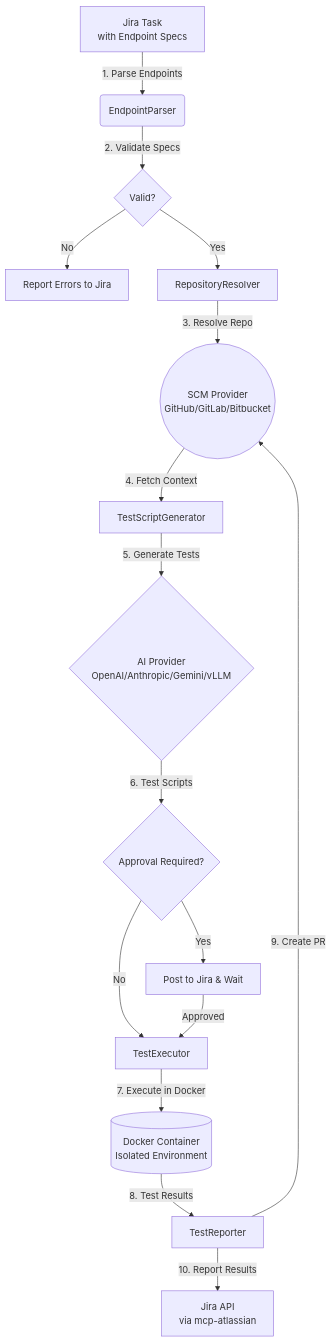
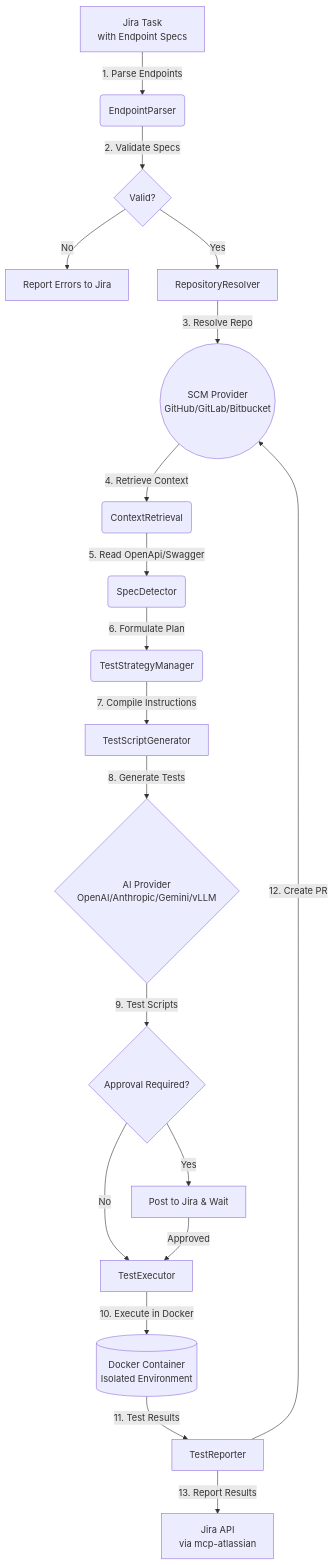
Before and after one commit to ahmetguness/mcp-jira-automation: the diagram in README.md, drawn with Mermaid. The commit also changed other lines of this file and 7 other files, not shown here.

First line of the commit message:
feat(api-testing): Enhance API test orchestration with new modules and strategies

````diff
--- a/README.md
+++ b/README.md
@@ -11,18 +13,21 @@
 ```mermaid
 graph TD
     A[Jira Task<br/>with Endpoint Specs] -->|1. Parse Endpoints| B(EndpointParser)
     B -->|2. Validate Specs| C{Valid?}
     C -->|No| D[Report Errors to Jira]
     C -->|Yes| E[RepositoryResolver]
     E -->|3. Resolve Repo| F((SCM Provider<br/>GitHub/GitLab/Bitbucket))
-    F -->|4. Fetch Context| G[TestScriptGenerator]
-    G -->|5. Generate Tests| H{AI Provider<br/>OpenAI/Anthropic/Gemini/vLLM}
-    H -->|6. Test Scripts| I{Approval Required?}
-    I -->|Yes| J[Post to Jira & Wait]
-    I -->|No| K[TestExecutor]
-    J -->|Approved| K
-    K -->|7. Execute in Docker| L[(Docker Container<br/>Isolated Environment)]
-    L -->|8. Test Results| M[TestReporter]
-    M -->|9. Create PR| F
-    M -->|10. Report Results| N[Jira API<br/>via mcp-atlassian]
+    F -->|4. Retrieve Context| G(ContextRetrieval)
+    G -->|5. Read OpenApi/Swagger| H(SpecDetector)
+    H -->|6. Formulate Plan| I(TestStrategyManager)
+    I -->|7. Compile Instructions| J[TestScriptGenerator]
+    J -->|8. Generate Tests| K{AI Provider<br/>OpenAI/Anthropic/Gemini/vLLM}
+    K -->|9. Test Scripts| L{Approval Required?}
+    L -->|Yes| M[Post to Jira & Wait]
+    L -->|No| N[TestExecutor]
+    M -->|Approved| N
+    N -->|10. Execute in Docker| O[(Docker Container<br/>Isolated Environment)]
+    O -->|11. Test Results| P[TestReporter]
+    P -->|12. Create PR| F
+    P -->|13. Report Results| Q[Jira API<br/>via mcp-atlassian]
 ```
````
